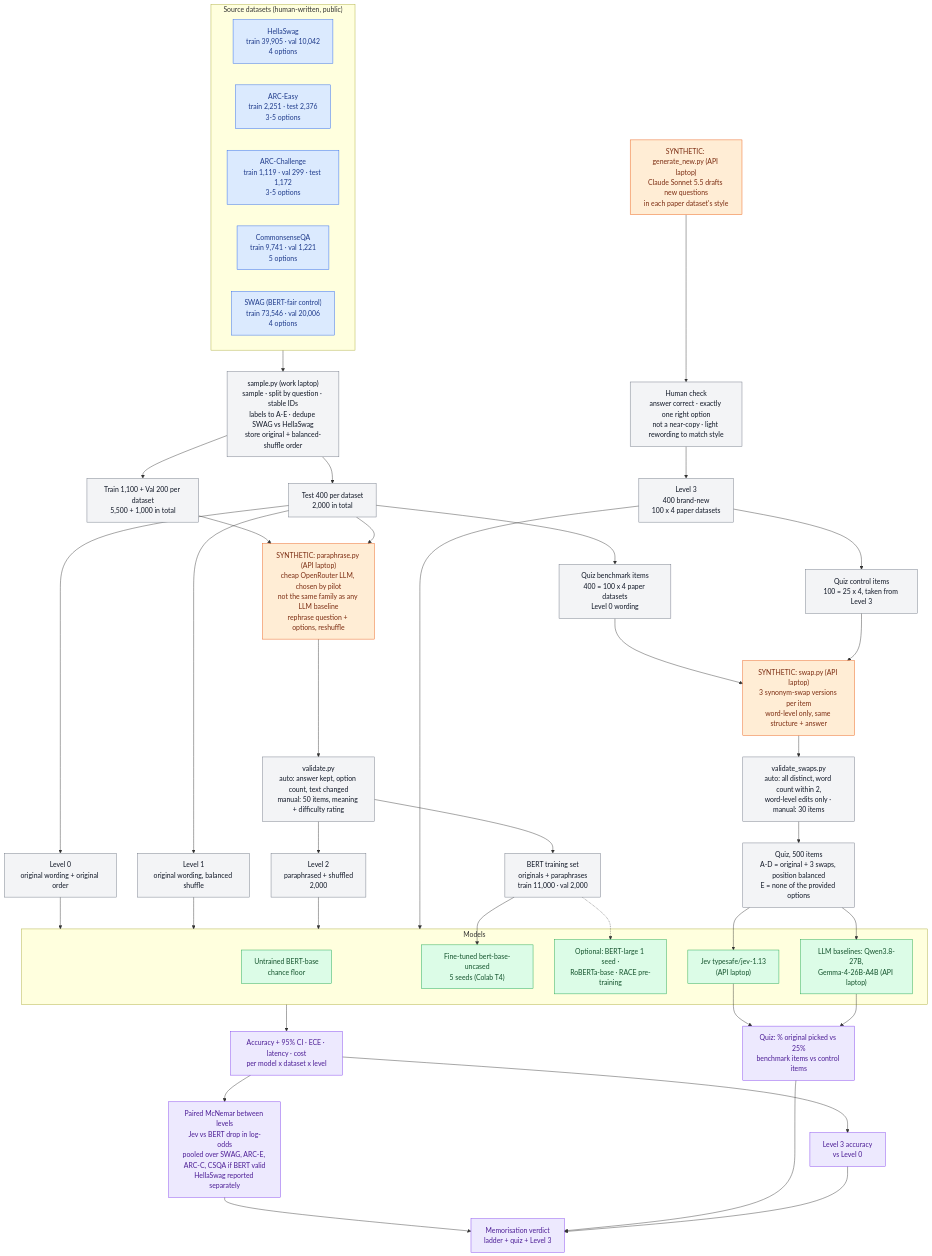
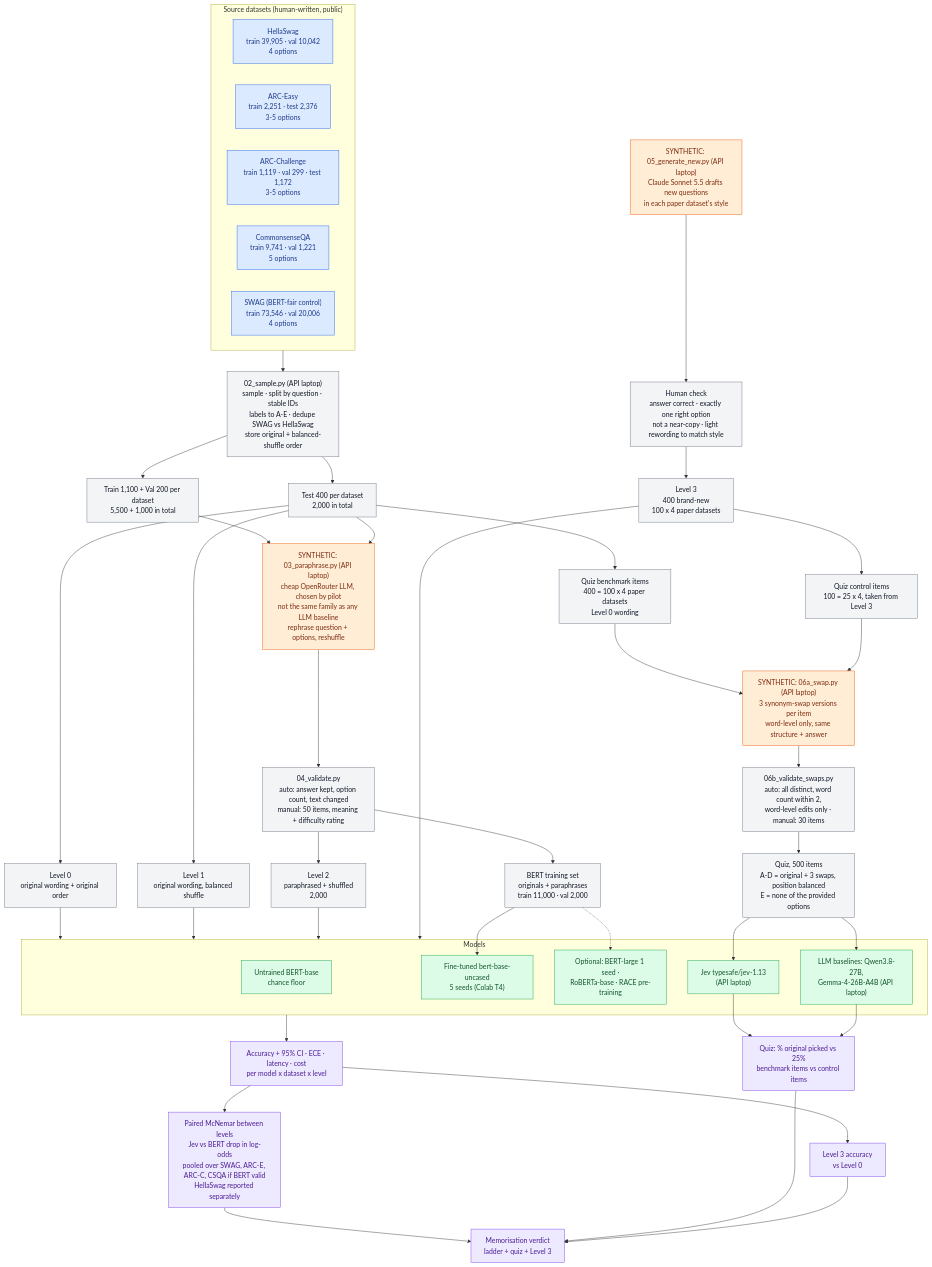
Before and after one commit to am3lia-low/jev-project: the diagram in docs/experiment-flow.mmd, drawn with Mermaid. The commit also changed 20 other files, not shown here.

```diff
--- a/docs/experiment-flow.mmd
+++ b/docs/experiment-flow.mmd
@@ -1,77 +1,77 @@
 flowchart TD
     %% ---------- Source datasets (human-written) ----------
     subgraph SRC["Source datasets (human-written, public)"]
         HS["HellaSwag<br/>train 39,905 · val 10,042<br/>4 options"]
         AE["ARC-Easy<br/>train 2,251 · test 2,376<br/>3-5 options"]
         AC["ARC-Challenge<br/>train 1,119 · val 299 · test 1,172<br/>3-5 options"]
         CQ["CommonsenseQA<br/>train 9,741 · val 1,221<br/>5 options"]
         SW["SWAG (BERT-fair control)<br/>train 73,546 · val 20,006<br/>4 options"]
     end
 
     %% ---------- Sampling (scripted) ----------
-    SRC --> SAMPLE["sample.py (work laptop)<br/>sample · split by question · stable IDs<br/>labels to A-E · dedupe SWAG vs HellaSwag<br/>store original + balanced-shuffle order"]
+    SRC --> SAMPLE["02_sample.py (API laptop)<br/>sample · split by question · stable IDs<br/>labels to A-E · dedupe SWAG vs HellaSwag<br/>store original + balanced-shuffle order"]
     SAMPLE --> TRV["Train 1,100 + Val 200 per dataset<br/>5,500 + 1,000 in total"]
     SAMPLE --> TEST["Test 400 per dataset<br/>2,000 in total"]
 
     %% ---------- Levels 0 and 1 (scripted) ----------
     TEST --> L0["Level 0<br/>original wording + original order"]
     TEST --> L1["Level 1<br/>original wording, balanced shuffle"]
 
     %% ---------- Synthetic: paraphrases ----------
-    TRV --> PARA["SYNTHETIC: paraphrase.py (API laptop)<br/>cheap OpenRouter LLM, chosen by pilot<br/>not the same family as any LLM baseline<br/>rephrase question + options, reshuffle"]
+    TRV --> PARA["SYNTHETIC: 03_paraphrase.py (API laptop)<br/>cheap OpenRouter LLM, chosen by pilot<br/>not the same family as any LLM baseline<br/>rephrase question + options, reshuffle"]
     TEST --> PARA
-    PARA --> VPARA["validate.py<br/>auto: answer kept, option count, text changed<br/>manual: 50 items, meaning + difficulty rating"]
+    PARA --> VPARA["04_validate.py<br/>auto: answer kept, option count, text changed<br/>manual: 50 items, meaning + difficulty rating"]
     VPARA --> L2["Level 2<br/>paraphrased + shuffled<br/>2,000"]
     VPARA --> TRAINSET["BERT training set<br/>originals + paraphrases<br/>train 11,000 · val 2,000"]
 
     %% ---------- Synthetic: brand-new questions ----------
-    GEN["SYNTHETIC: generate_new.py (API laptop)<br/>Claude Sonnet 5.5 drafts new questions<br/>in each paper dataset's style"] --> HNEW["Human check<br/>answer correct · exactly one right option<br/>not a near-copy · light rewording to match style"]
+    GEN["SYNTHETIC: 05_generate_new.py (API laptop)<br/>Claude Sonnet 5.5 drafts new questions<br/>in each paper dataset's style"] --> HNEW["Human check<br/>answer correct · exactly one right option<br/>not a near-copy · light rewording to match style"]
     HNEW --> L3["Level 3<br/>400 brand-new<br/>100 x 4 paper datasets"]
 
     %% ---------- Synthetic: memorisation quiz ----------
     TEST --> QSEL["Quiz benchmark items<br/>400 = 100 x 4 paper datasets<br/>Level 0 wording"]
     L3 --> QCTRL["Quiz control items<br/>100 = 25 x 4, taken from Level 3"]
-    QSEL --> SWAP["SYNTHETIC: swap.py (API laptop)<br/>3 synonym-swap versions per item<br/>word-level only, same structure + answer"]
+    QSEL --> SWAP["SYNTHETIC: 06a_swap.py (API laptop)<br/>3 synonym-swap versions per item<br/>word-level only, same structure + answer"]
     QCTRL --> SWAP
-    SWAP --> VSWAP["validate_swaps.py<br/>auto: all distinct, word count within 2,<br/>word-level edits only · manual: 30 items"]
+    SWAP --> VSWAP["06b_validate_swaps.py<br/>auto: all distinct, word count within 2,<br/>word-level edits only · manual: 30 items"]
     VSWAP --> QUIZ["Quiz, 500 items<br/>A-D = original + 3 swaps, position balanced<br/>E = none of the provided options"]
 
     %% ---------- Models ----------
     subgraph MODELS["Models"]
         BERTU["Untrained BERT-base<br/>chance floor"]
         BERTFT["Fine-tuned bert-base-uncased<br/>5 seeds (Colab T4)"]
         OPT["Optional: BERT-large 1 seed ·<br/>RoBERTa-base · RACE pre-training"]
         JEV["Jev typesafe/jev-1.13<br/>(API laptop)"]
         LLM["LLM baselines: Qwen3.8-27B,<br/>Gemma-4-26B-A4B (API laptop)"]
     end
     TRAINSET --> BERTFT
     TRAINSET -.-> OPT
 
     L0 --> MODELS
     L1 --> MODELS
     L2 --> MODELS
     L3 --> MODELS
     QUIZ --> JEV
     QUIZ --> LLM
 
     %% ---------- Results ----------
     MODELS --> R1["Accuracy + 95% CI · ECE · latency · cost<br/>per model x dataset x level"]
     R1 --> R2["Paired McNemar between levels<br/>Jev vs BERT drop in log-odds<br/>pooled over SWAG, ARC-E, ARC-C, CSQA if BERT valid<br/>HellaSwag reported separately"]
     JEV --> R3["Quiz: % original picked vs 25%<br/>benchmark items vs control items"]
     LLM --> R3
     R1 --> R4["Level 3 accuracy<br/>vs Level 0"]
     R2 --> FINAL["Memorisation verdict<br/>ladder + quiz + Level 3"]
     R3 --> FINAL
     R4 --> FINAL
 
     %% ---------- Styles ----------
     classDef human fill:#dbeafe,stroke:#2563eb,color:#1e3a8a
     classDef synth fill:#ffedd5,stroke:#ea580c,color:#7c2d12
     classDef script fill:#f3f4f6,stroke:#6b7280,color:#111827
     classDef model fill:#dcfce7,stroke:#16a34a,color:#14532d
     classDef result fill:#ede9fe,stroke:#7c3aed,color:#4c1d95
     class HS,AE,AC,CQ,SW human
     class PARA,GEN,SWAP synth
     class SAMPLE,TRV,TEST,L0,L1,L2,L3,TRAINSET,VPARA,HNEW,QSEL,QCTRL,VSWAP,QUIZ script
     class BERTU,BERTFT,OPT,JEV,LLM model
     class R1,R2,R3,R4,FINAL result
```
